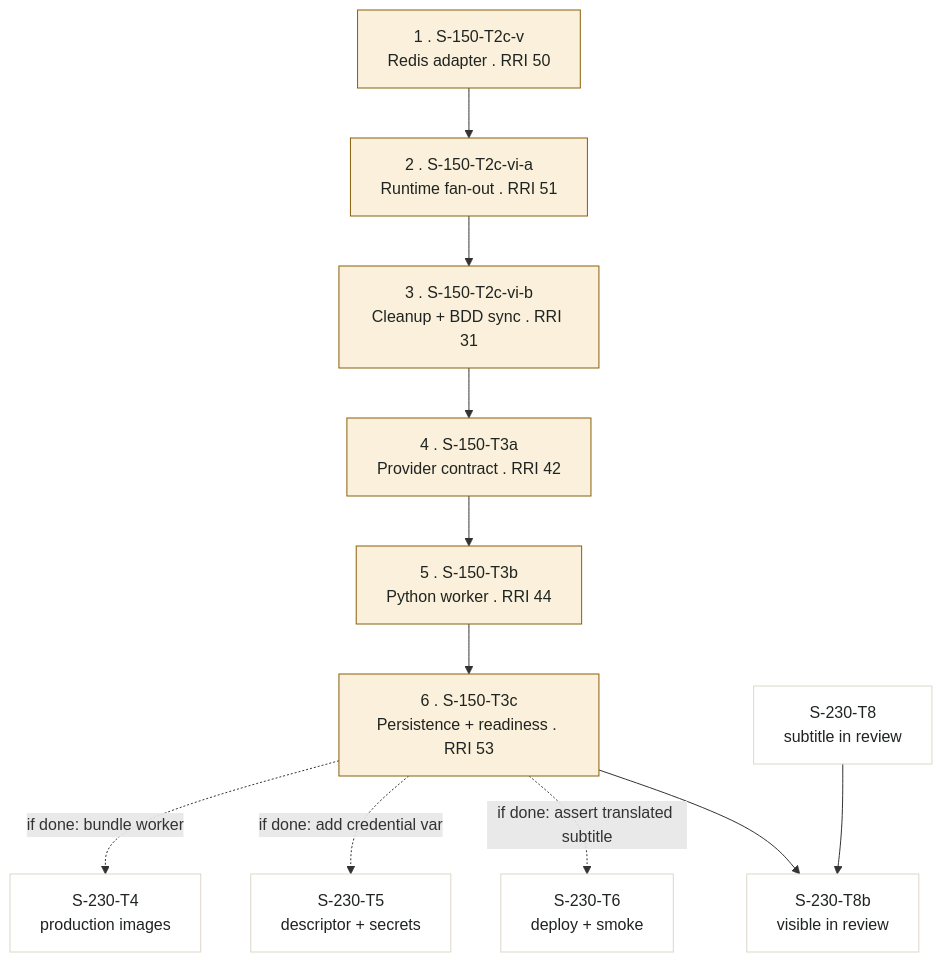
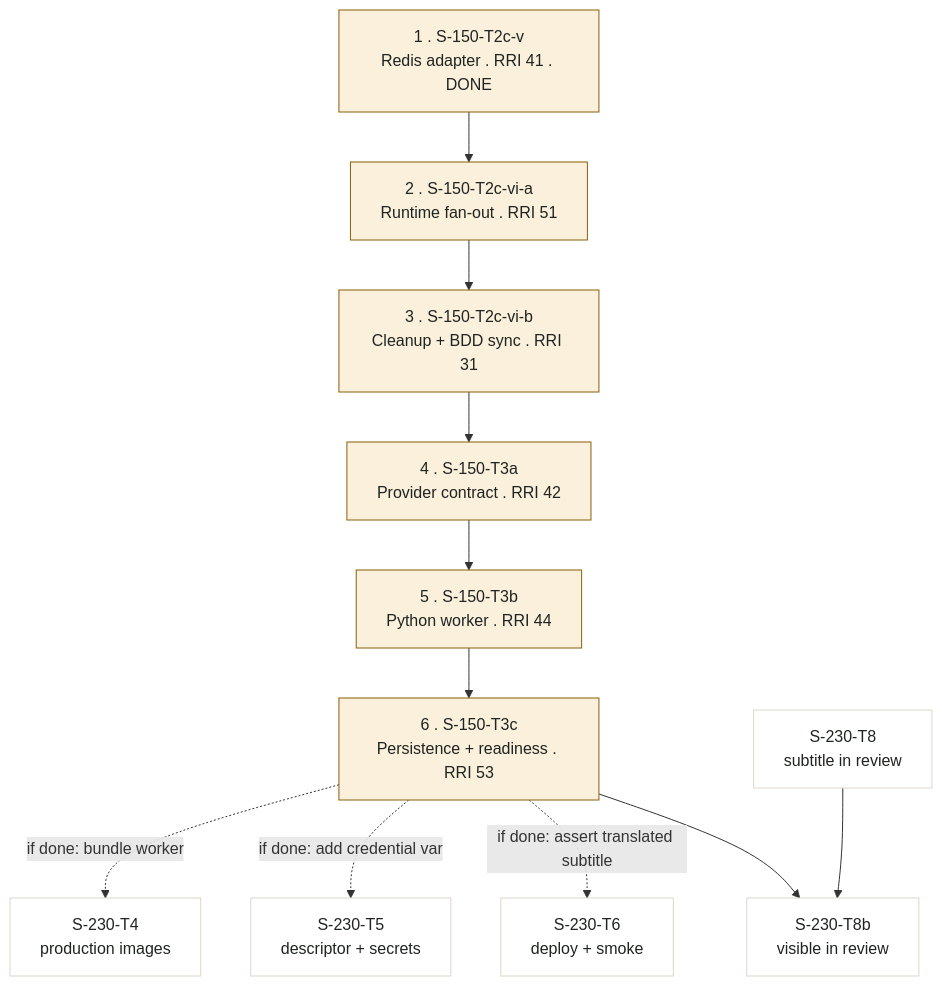
Before and after one commit to krukmat/dubbridge: the diagram in docs/tasks/s-230-poc-v1-digitalocean.md, drawn with Mermaid. The commit also changed other lines of this file and 9 other files, not shown here.

````diff
--- a/docs/tasks/s-230-poc-v1-digitalocean.md
+++ b/docs/tasks/s-230-poc-v1-digitalocean.md
@@ -1306,19 +1312,19 @@
 ```mermaid
 flowchart TD
-    T2CV["1 . S-150-T2c-v<br/>Redis adapter . RRI 50"] --> T2CVIA["2 . S-150-T2c-vi-a<br/>Runtime fan-out . RRI 51"]
+    T2CV["1 . S-150-T2c-v<br/>Redis adapter . RRI 41 . DONE"] --> T2CVIA["2 . S-150-T2c-vi-a<br/>Runtime fan-out . RRI 51"]
     T2CVIA --> T2CVIB["3 . S-150-T2c-vi-b<br/>Cleanup + BDD sync . RRI 31"]
     T2CVIB --> T3A["4 . S-150-T3a<br/>Provider contract . RRI 42"]
     T3A --> T3Bc["5 . S-150-T3b<br/>Python worker . RRI 44"]
     T3Bc --> T3C["6 . S-150-T3c<br/>Persistence + readiness . RRI 53"]
 
     T3C -. "if done: bundle worker" .-> T4["S-230-T4<br/>production images"]
     T3C -. "if done: add credential var" .-> T5["S-230-T5<br/>descriptor + secrets"]
     T3C -. "if done: assert translated subtitle" .-> T6["S-230-T6<br/>deploy + smoke"]
     T3C --> T8b["S-230-T8b<br/>visible in review"]
     T8["S-230-T8<br/>subtitle in review"] --> T8b
 
     classDef child fill:#faf0dc,stroke:#8a5f0b,color:#1f2420;
     classDef ext fill:#ffffff,stroke:#ddd7c9,color:#1f2420;
     class T2CV,T2CVIA,T2CVIB,T3A,T3Bc,T3C child;
     class T4,T5,T6,T8,T8b ext;
 ```
````
